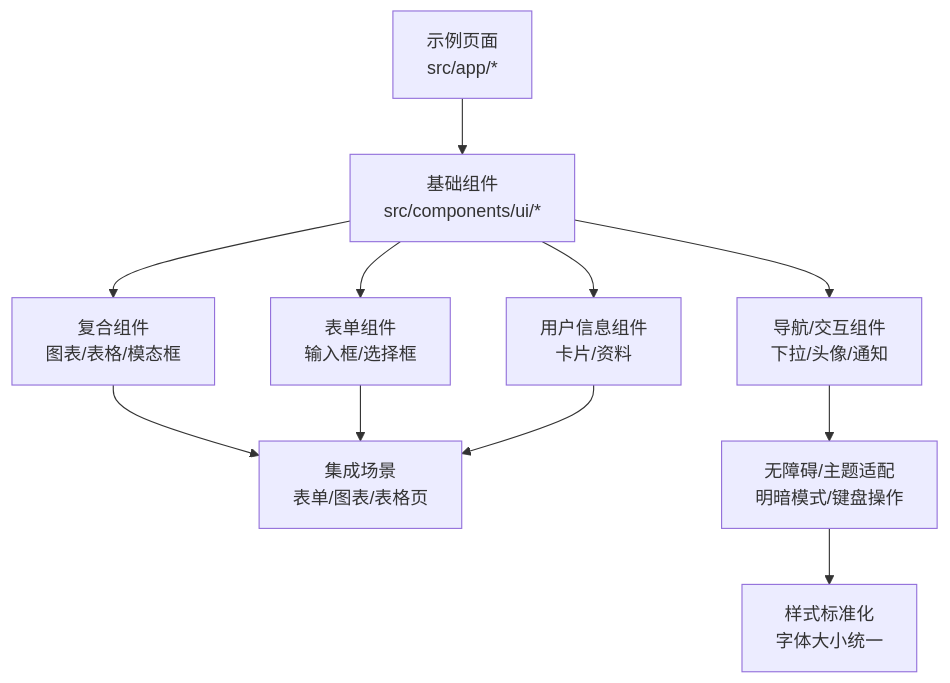
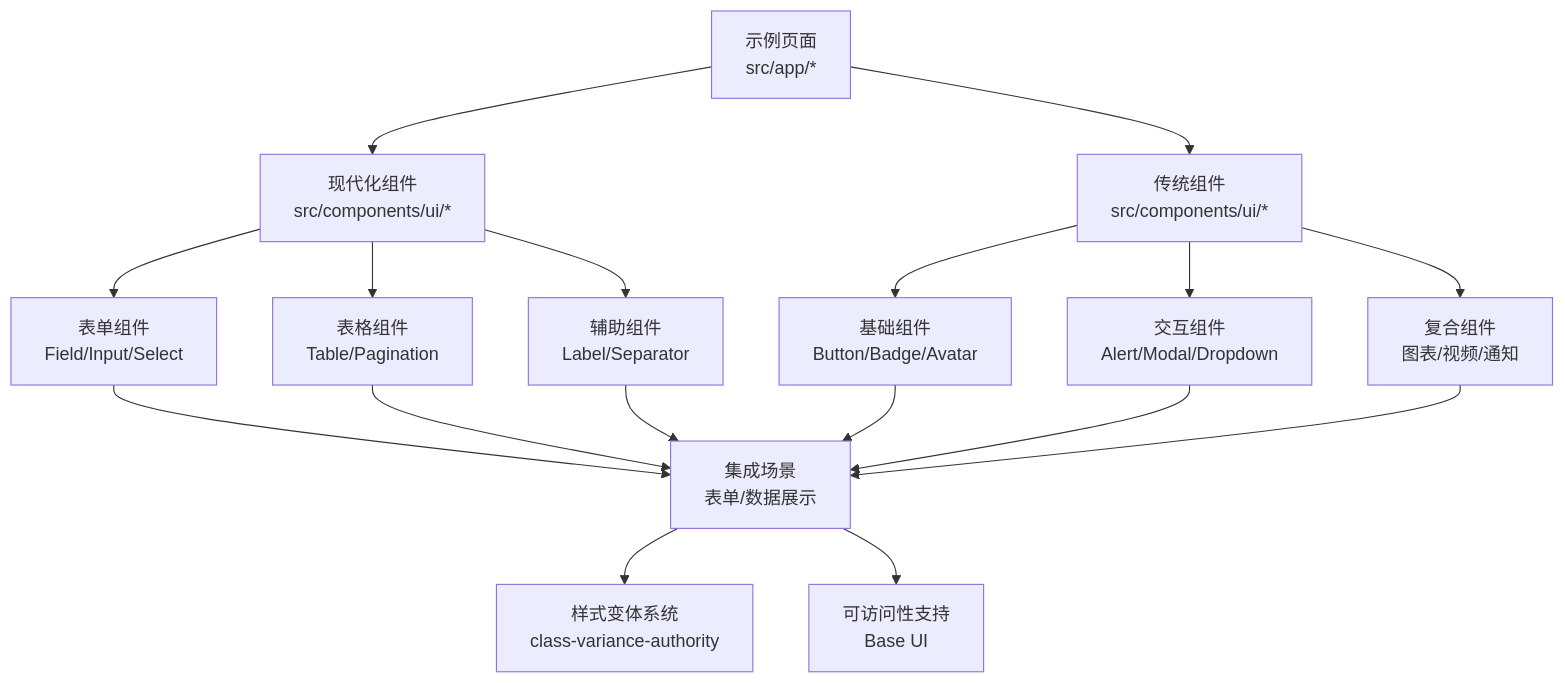
Before and after one commit to HAOFUYANG/nextjs-admin: the second of 8 diagrams in .qoder/repowiki/zh/content/UI 组件库/UI 组件库.md, drawn with Mermaid. The commit also changed other lines of this file and 4 other files, not shown here.

````diff
--- a/.qoder/repowiki/zh/content/UI 组件库/UI 组件库.md
+++ b/.qoder/repowiki/zh/content/UI 组件库/UI 组件库.md
@@ -148,13 +157,19 @@
 ```mermaid
 graph TB
-A["示例页面<br/>src/app/*"] --> B["基础组件<br/>src/components/ui/*"]
-B --> C["复合组件<br/>图表/表格/模态框"]
-B --> D["导航/交互组件<br/>下拉/头像/通知"]
-B --> E["表单组件<br/>输入框/选择框"]
-B --> F["用户信息组件<br/>卡片/资料"]
-C --> G["集成场景<br/>表单/图表/表格页"]
-D --> H["无障碍/主题适配<br/>明暗模式/键盘操作"]
-E --> G
-F --> G
-H --> I["样式标准化<br/>字体大小统一"]
+A["示例页面<br/>src/app/*"] --> B["现代化组件<br/>src/components/ui/*"]
+A --> C["传统组件<br/>src/components/ui/*"]
+B --> D["表单组件<br/>Field/Input/Select"]
+B --> E["表格组件<br/>Table/Pagination"]
+B --> F["辅助组件<br/>Label/Separator"]
+C --> G["基础组件<br/>Button/Badge/Avatar"]
+C --> H["交互组件<br/>Alert/Modal/Dropdown"]
+C --> I["复合组件<br/>图表/视频/通知"]
+D --> J["集成场景<br/>表单/数据展示"]
+E --> J
+F --> J
+G --> J
+H --> J
+I --> J
+J --> K["样式变体系统<br/>class-variance-authority"]
+J --> L["可访问性支持<br/>Base UI"]
 ```
````
